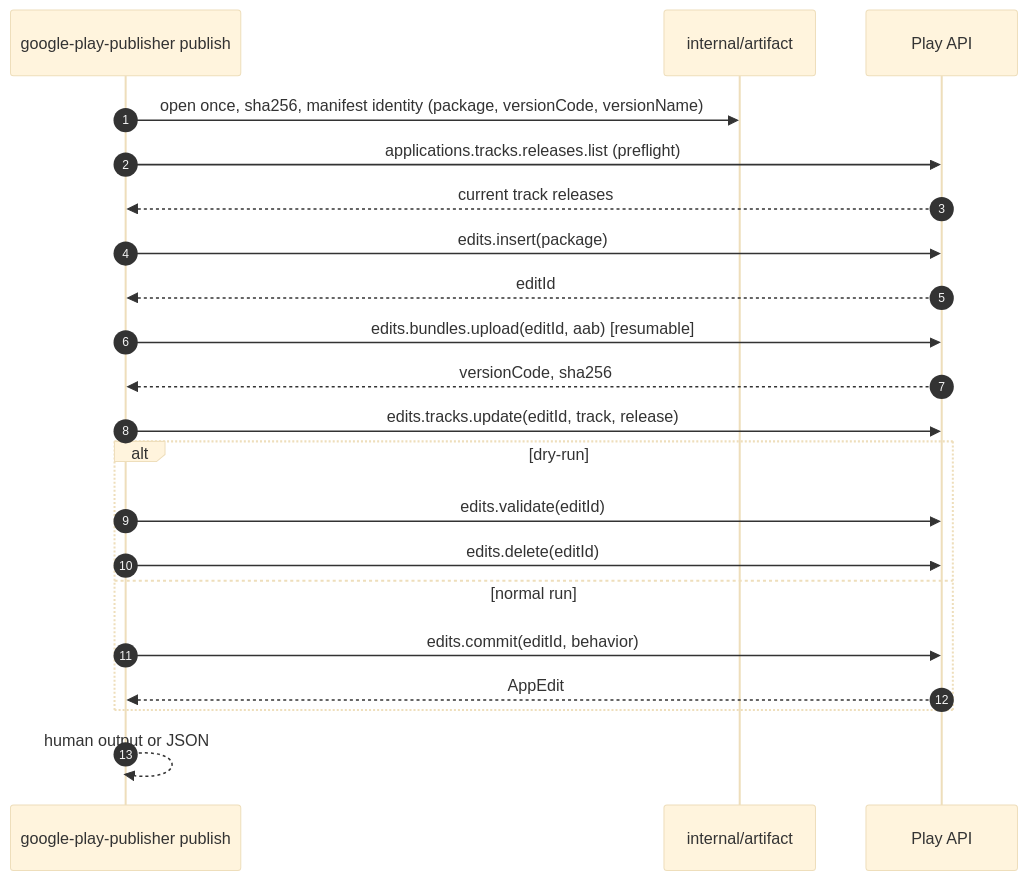
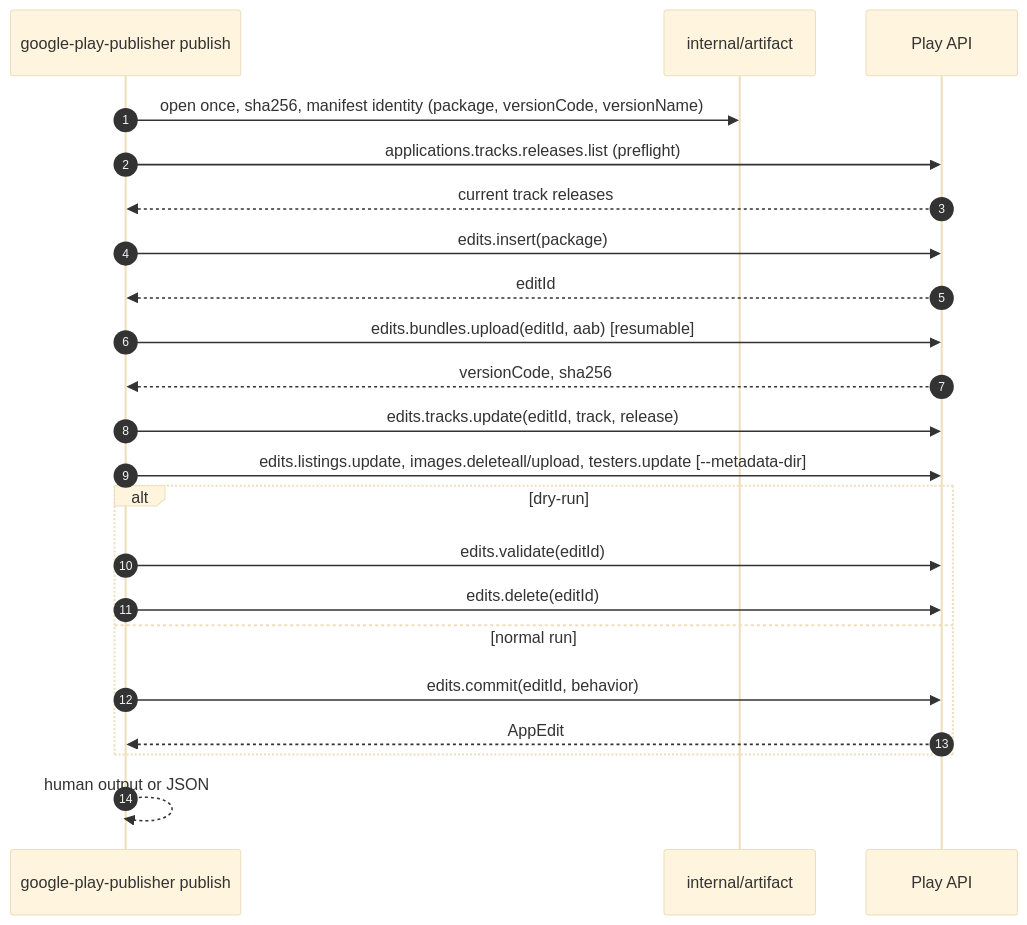
The first of 2 diagrams in docs/02-architecture.md (actions-marketplace-validations/vyachin_google-play-publisher), drawn with Mermaid (base theme) before and after one commit. The commit also changed other lines of this file and 19 other files, not shown here.

````diff
--- a/docs/02-architecture.md
+++ b/docs/02-architecture.md
@@ -77,24 +78,25 @@
 ```mermaid
 sequenceDiagram
     autonumber
     participant CLI as google-play-publisher publish
     participant AAB as internal/artifact
     participant API as Play API
 
     CLI->>AAB: open once, sha256, manifest identity (package, versionCode, versionName)
     CLI->>API: applications.tracks.releases.list (preflight)
     API-->>CLI: current track releases
     CLI->>API: edits.insert(package)
     API-->>CLI: editId
     CLI->>API: edits.bundles.upload(editId, aab) [resumable]
     API-->>CLI: versionCode, sha256
     CLI->>API: edits.tracks.update(editId, track, release)
+    CLI->>API: edits.listings.update, images.deleteall/upload, testers.update [--metadata-dir]
     alt dry-run
         CLI->>API: edits.validate(editId)
         CLI->>API: edits.delete(editId)
     else normal run
         CLI->>API: edits.commit(editId, behavior)
         API-->>CLI: AppEdit
     end
     CLI-->>CLI: human output or JSON
 ```
````
